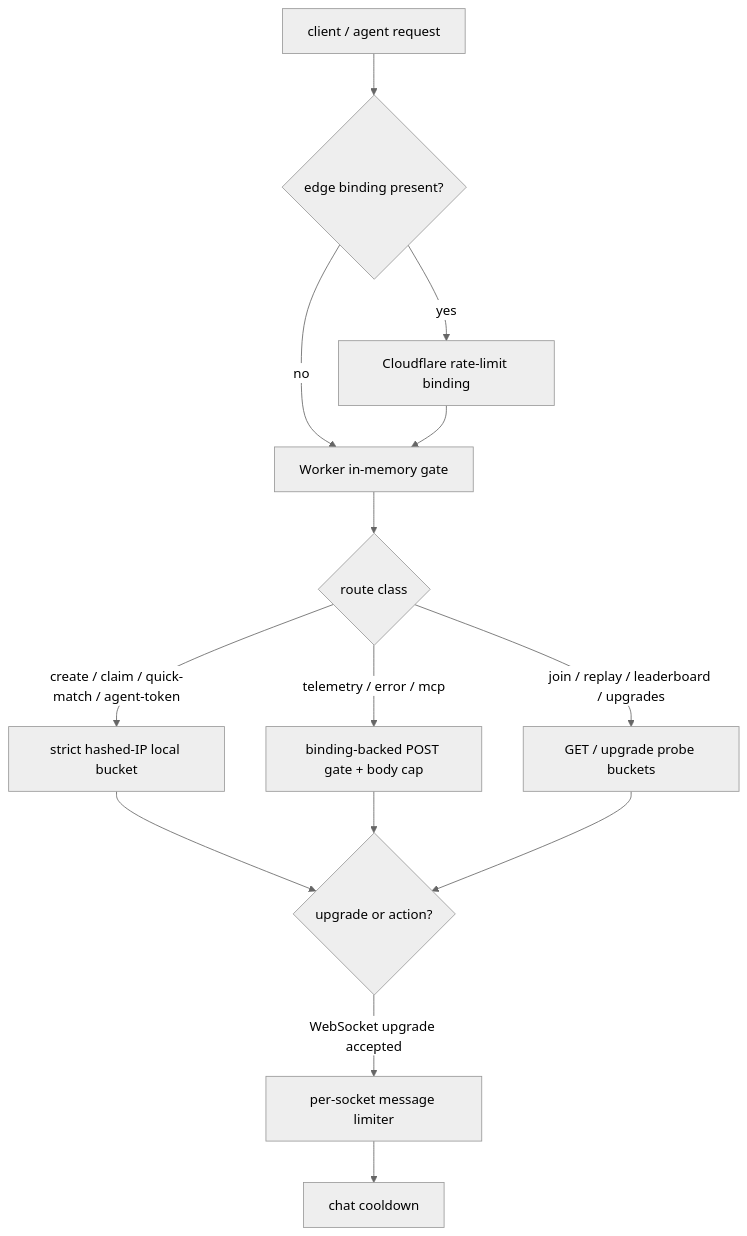
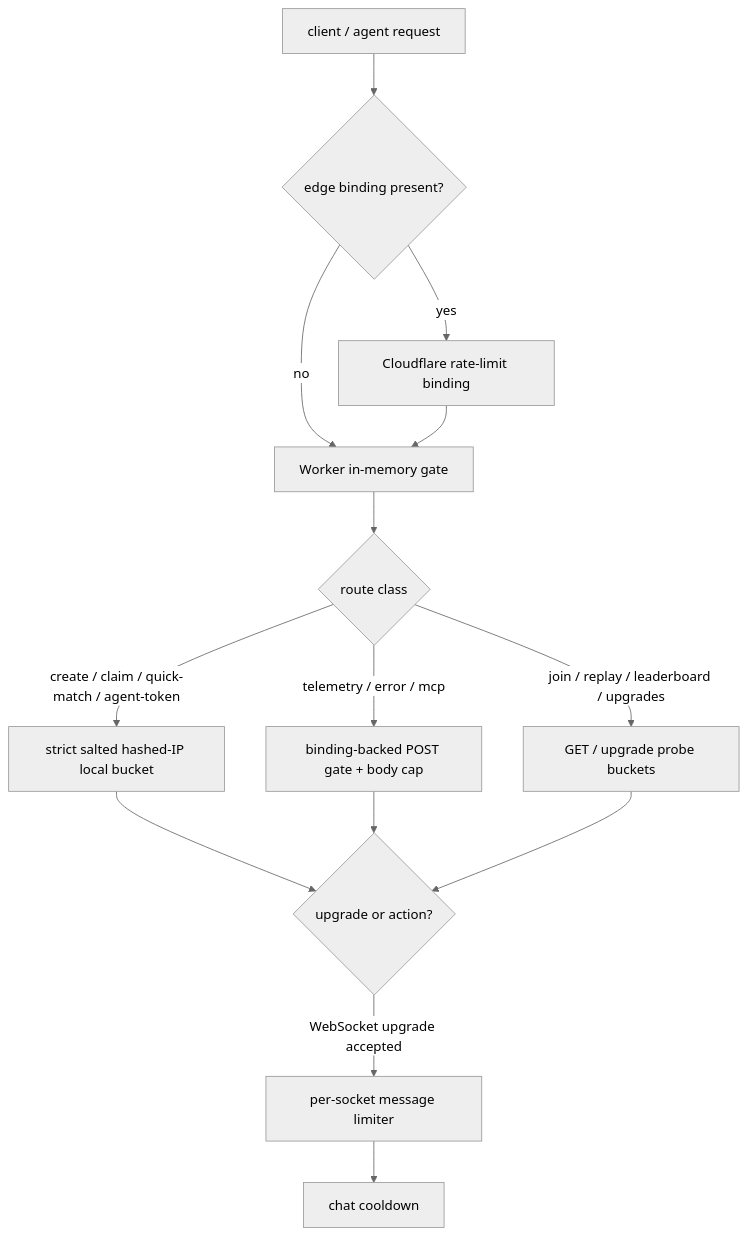
One commit to tre-systems/delta-v changed the second of 2 diagrams in docs/SECURITY.md. Above: the diagram before and after it, drawn with Mermaid (neutral theme). The commit also changed other lines of this file and 11 other files, not shown here.

````diff
--- a/docs/SECURITY.md
+++ b/docs/SECURITY.md
@@ -109,16 +109,16 @@
 ```mermaid
 flowchart TB
   U["client / agent request"] --> E{"edge binding present?"}
   E -->|yes| EDGE["Cloudflare rate-limit binding"]
   E -->|no| APP["Worker in-memory gate"]
   EDGE --> APP
   APP --> ROUTE{"route class"}
-  ROUTE -->|create / claim / quick-match / agent-token| C["strict hashed-IP local bucket"]
+  ROUTE -->|create / claim / quick-match / agent-token| C["strict salted hashed-IP local bucket"]
   ROUTE -->|telemetry / error / mcp| B["binding-backed POST gate + body cap"]
   ROUTE -->|join / replay / leaderboard / upgrades| G["GET / upgrade probe buckets"]
   C --> DO{"upgrade or action?"}
   B --> DO
   G --> DO
   DO -->|WebSocket upgrade accepted| S["per-socket message limiter"]
   S --> CHAT["chat cooldown"]
 ```
````
